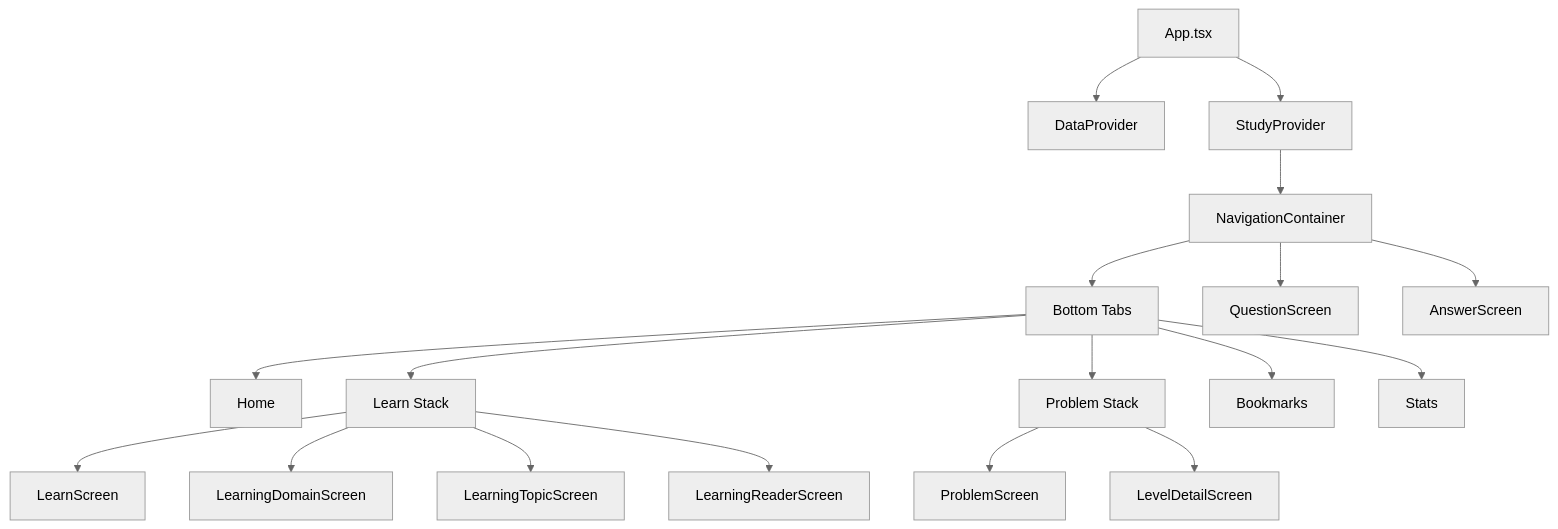
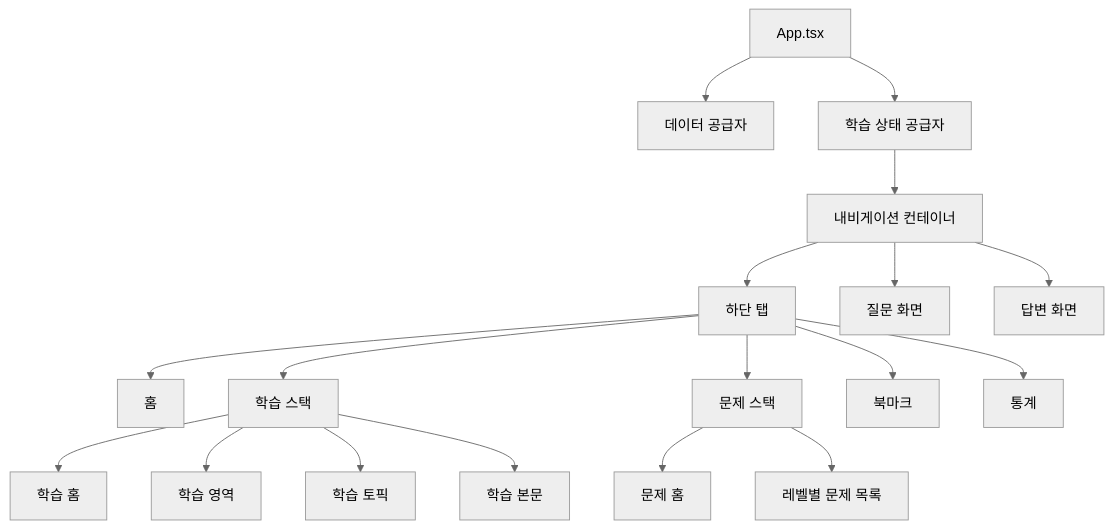
The first of 2 diagrams in README.md (ohuiseok/BasiCS), drawn with Mermaid (neutral theme) before and after one commit. The commit also changed other lines of this file, not shown here.

````diff
--- a/README.md
+++ b/README.md
@@ -32,23 +32,23 @@
 ```mermaid
 flowchart TD
-  App["App.tsx"] --> DataProvider["DataProvider"]
-  App --> StudyProvider["StudyProvider"]
-  StudyProvider --> Nav["NavigationContainer"]
+  App["App.tsx"] --> DataProvider["데이터 공급자"]
+  App --> StudyProvider["학습 상태 공급자"]
+  StudyProvider --> Nav["내비게이션 컨테이너"]
 
-  Nav --> Tabs["Bottom Tabs"]
-  Tabs --> Home["Home"]
-  Tabs --> Learn["Learn Stack"]
-  Tabs --> Problem["Problem Stack"]
-  Tabs --> Library["Bookmarks"]
-  Tabs --> Stats["Stats"]
+  Nav --> Tabs["하단 탭"]
+  Tabs --> Home["홈"]
+  Tabs --> Learn["학습 스택"]
+  Tabs --> Problem["문제 스택"]
+  Tabs --> Library["북마크"]
+  Tabs --> Stats["통계"]
 
-  Learn --> LearnHome["LearnScreen"]
-  Learn --> Domain["LearningDomainScreen"]
-  Learn --> Topic["LearningTopicScreen"]
-  Learn --> Reader["LearningReaderScreen"]
+  Learn --> LearnHome["학습 홈"]
+  Learn --> Domain["학습 영역"]
+  Learn --> Topic["학습 토픽"]
+  Learn --> Reader["학습 본문"]
 
-  Problem --> ProblemHome["ProblemScreen"]
-  Problem --> Level["LevelDetailScreen"]
-  Nav --> Question["QuestionScreen"]
-  Nav --> Answer["AnswerScreen"]
+  Problem --> ProblemHome["문제 홈"]
+  Problem --> Level["레벨별 문제 목록"]
+  Nav --> Question["질문 화면"]
+  Nav --> Answer["답변 화면"]
 ```
````
